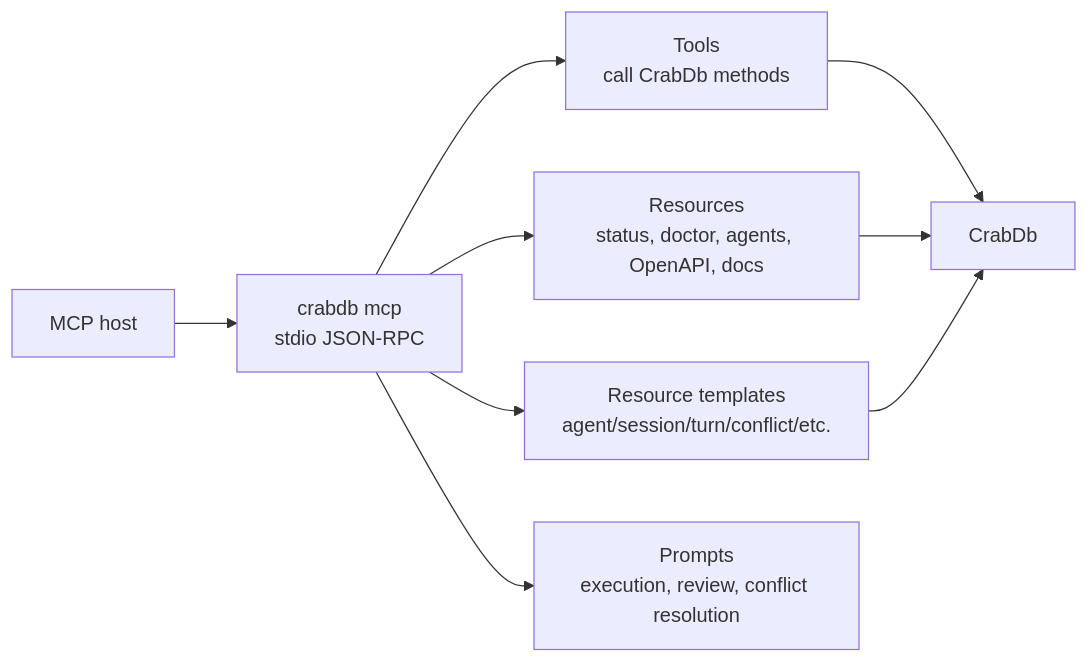
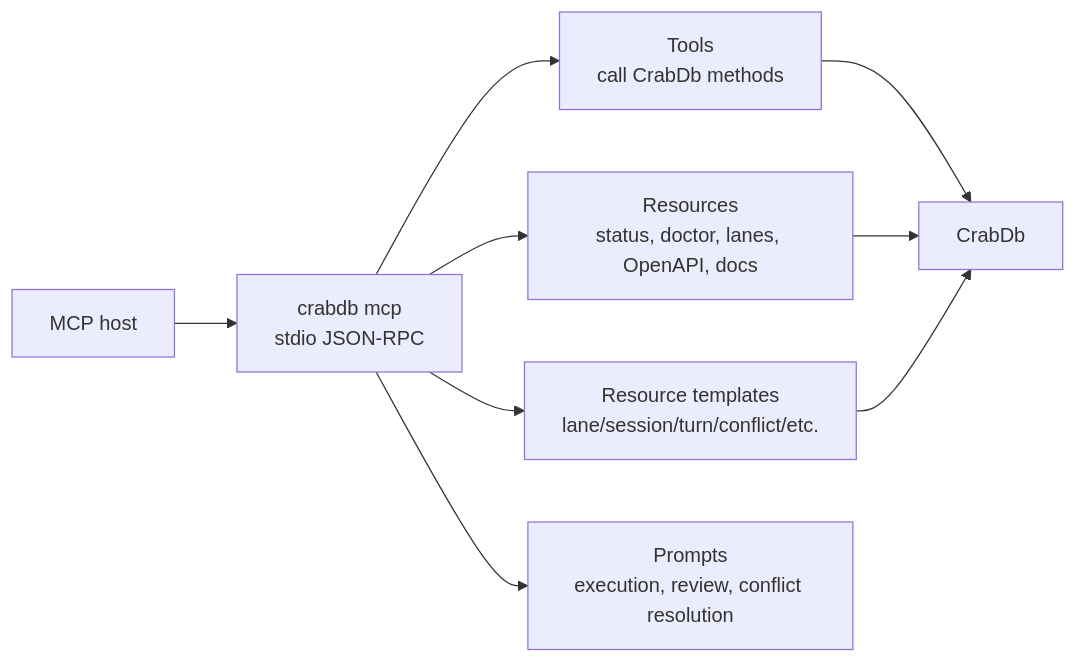
One commit to crabbuild/trail changed the fourth of 4 diagrams in docs/design/daemon-http-and-mcp.md. Above: the diagram before and after it, drawn with Mermaid. The commit also changed other lines of this file and 298 other files, not shown here.

Commit message:
refactor: rename agent workflows to lanes

````diff
--- a/docs/design/daemon-http-and-mcp.md
+++ b/docs/design/daemon-http-and-mcp.md
@@ -279,16 +279,16 @@
 ```mermaid
 flowchart LR
     Host["MCP host"]
     Server["crabdb mcp<br/>stdio JSON-RPC"]
     Tools["Tools<br/>call CrabDb methods"]
-    Resources["Resources<br/>status, doctor, agents, OpenAPI, docs"]
-    Templates["Resource templates<br/>agent/session/turn/conflict/etc."]
+    Resources["Resources<br/>status, doctor, lanes, OpenAPI, docs"]
+    Templates["Resource templates<br/>lane/session/turn/conflict/etc."]
     Prompts["Prompts<br/>execution, review, conflict resolution"]
     DB["CrabDb"]
 
     Host --> Server
     Server --> Tools --> DB
     Server --> Resources --> DB
     Server --> Templates --> DB
     Server --> Prompts
 ```
````
